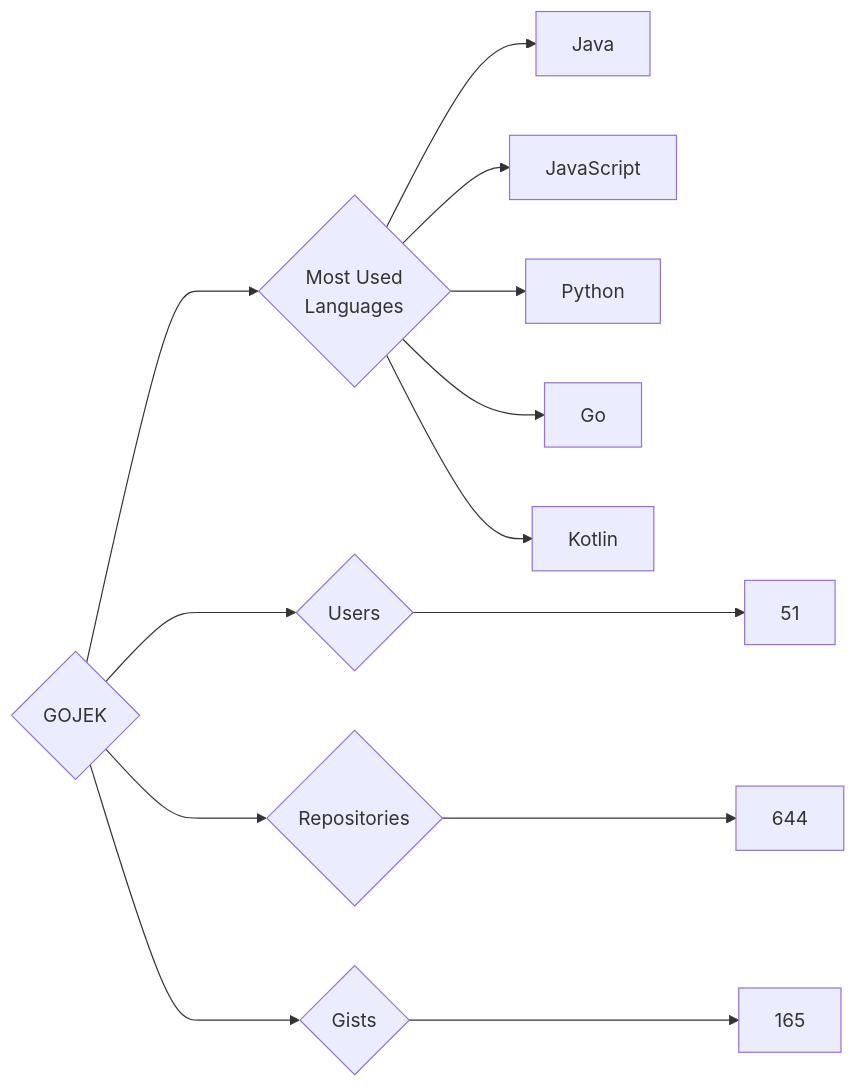
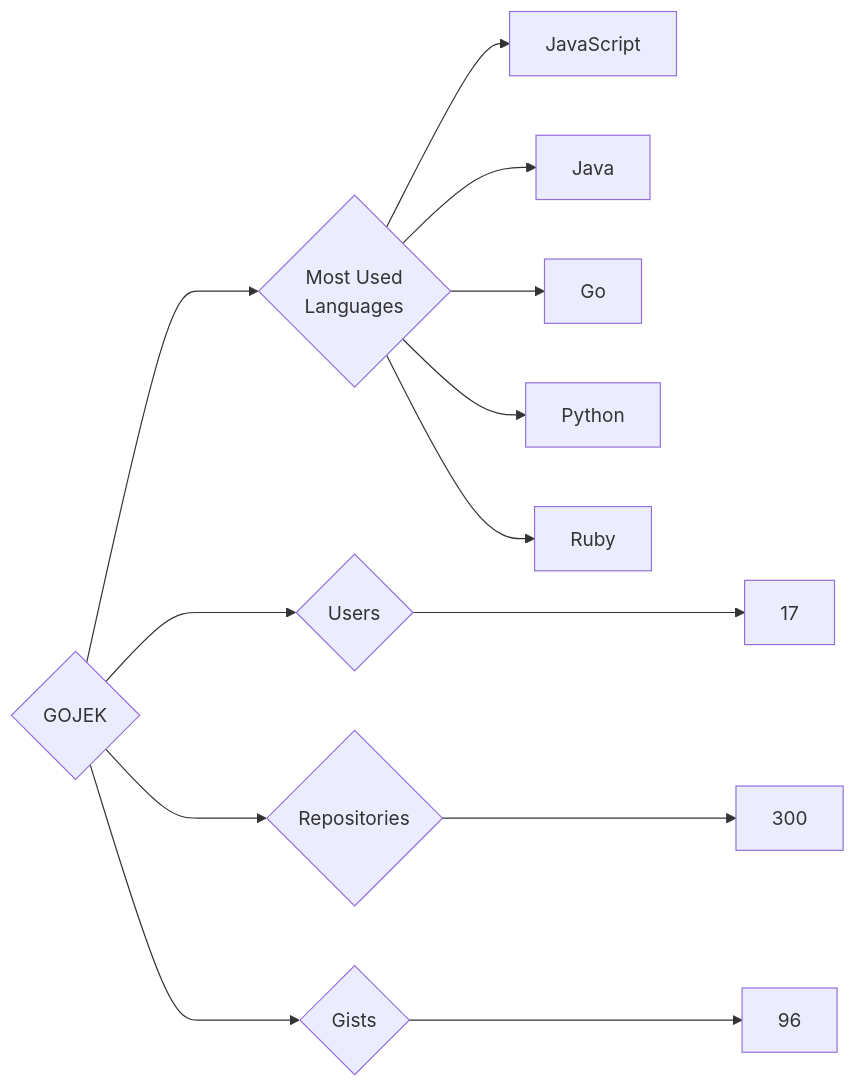
The diagram in targets/GOJEK/README.md (trickest/insiders), drawn with Mermaid before and after one commit. The commit also changed 984 other files, not shown here.

````diff
--- a/targets/GOJEK/README.md
+++ b/targets/GOJEK/README.md
@@ -3,13 +3,13 @@
 ```mermaid
 graph LR
 COMPANY_NAME{GOJEK}
-COMPANY_NAME ---> U{Users} ---> UN[51]
-COMPANY_NAME ---> R{Repositories} ---> RN[644]
-COMPANY_NAME ---> G{Gists} ---> GN[165]
+COMPANY_NAME ---> U{Users} ---> UN[17]
+COMPANY_NAME ---> R{Repositories} ---> RN[300]
+COMPANY_NAME ---> G{Gists} ---> GN[96]
 COMPANY_NAME ---> ML{Most Used<br>Languages}
+ML --> JavaScript[JavaScript]
 ML --> Java[Java]
-ML --> JavaScript[JavaScript]
+ML --> Go[Go]
 ML --> Python[Python]
-ML --> Go[Go]
-ML --> Kotlin[Kotlin]
+ML --> Ruby[Ruby]
 ```
````
